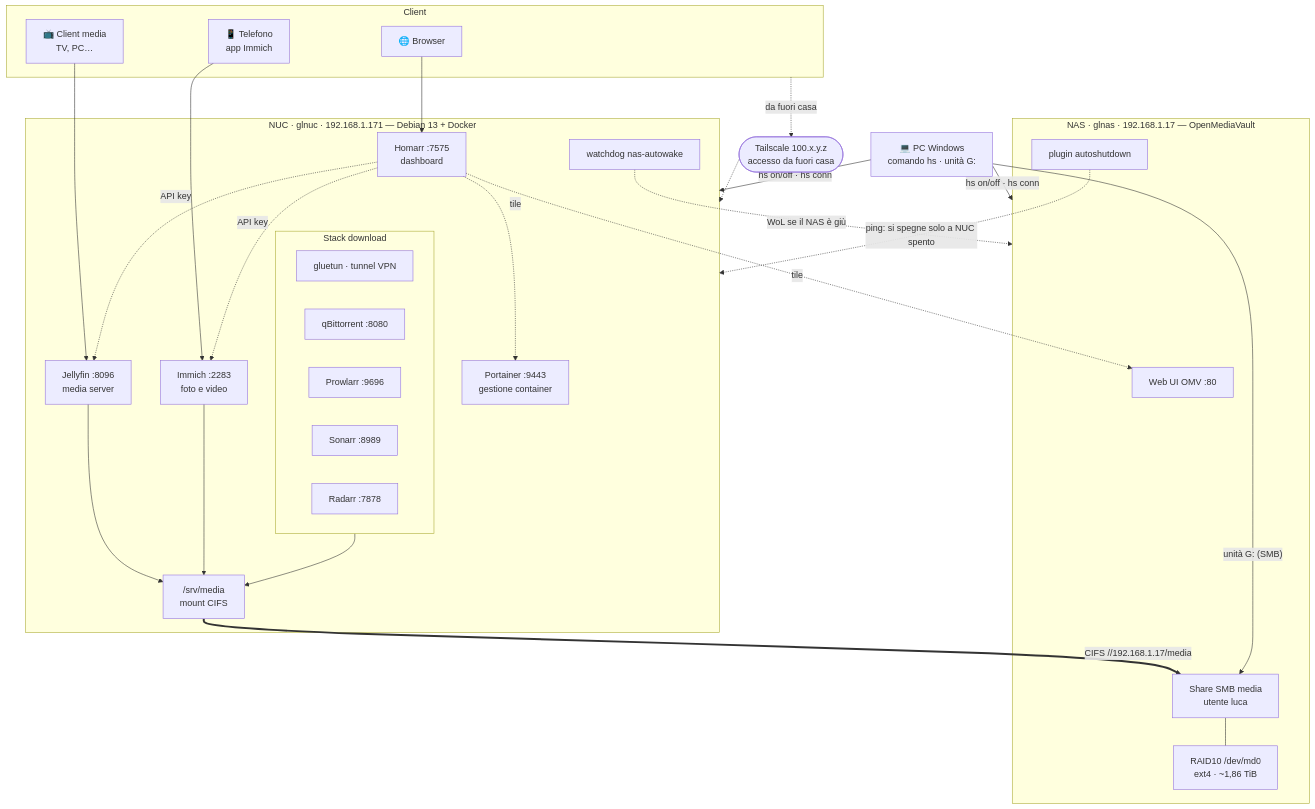
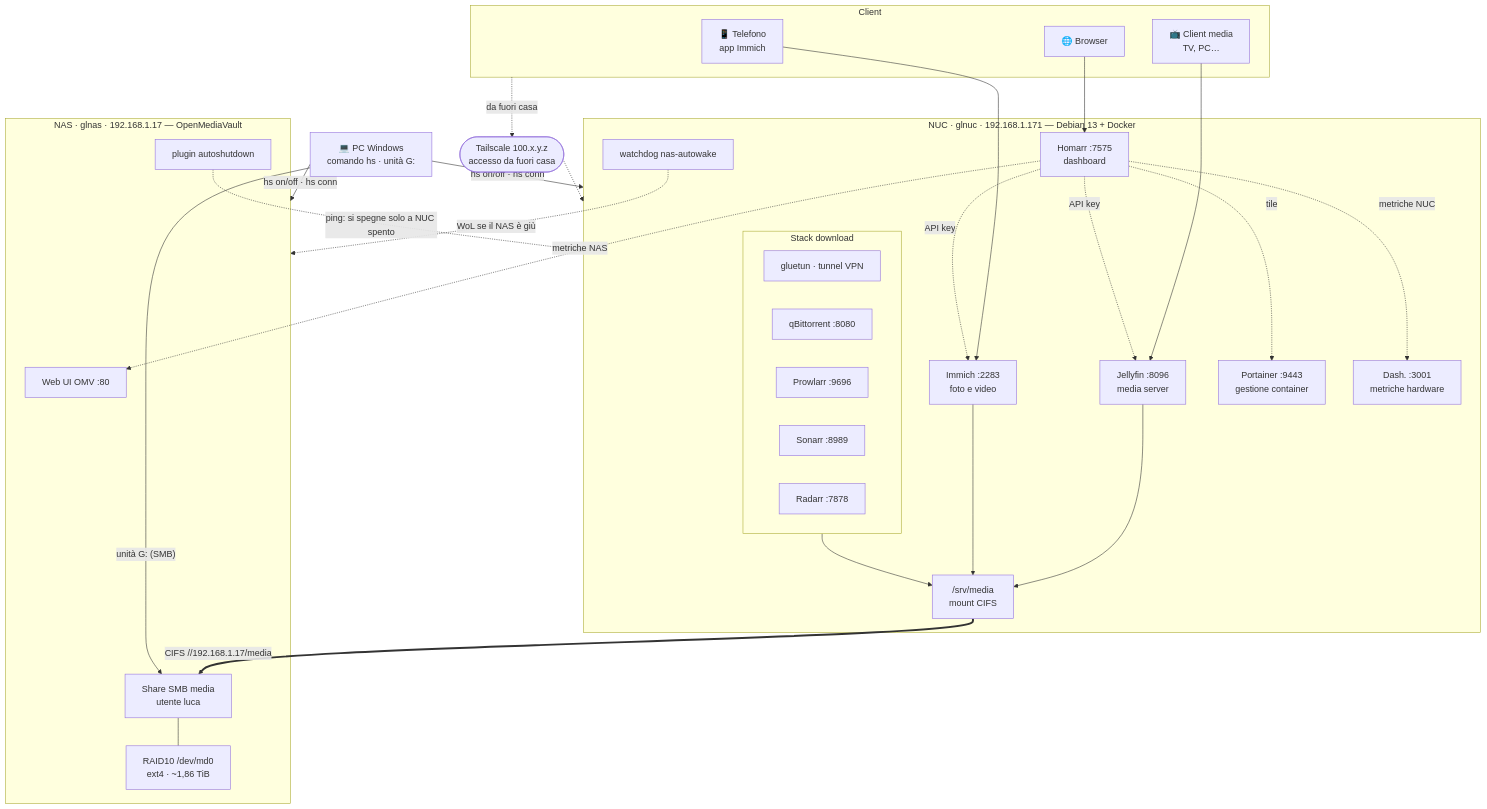
The first of 2 diagrams in ARCHITETTURA.md (gandolphinnn/HomeServer), drawn with Mermaid before and after one commit. The commit also changed other lines of this file and 3 other files, not shown here.

````diff
--- a/ARCHITETTURA.md
+++ b/ARCHITETTURA.md
@@ -22,59 +22,61 @@
 ```mermaid
 flowchart TB
     pc["💻 PC Windows<br/>comando hs · unità G:"]
 
     subgraph client["Client"]
         phone["📱 Telefono<br/>app Immich"]
         player["📺 Client media<br/>TV, PC…"]
         browser["🌐 Browser"]
     end
 
     ts(["Tailscale 100.x.y.z<br/>accesso da fuori casa"])
 
     subgraph nuc["NUC · glnuc · 192.168.1.171 — Debian 13 + Docker"]
         jellyfin["Jellyfin :8096<br/>media server"]
         immich["Immich :2283<br/>foto e video"]
         homarr["Homarr :7575<br/>dashboard"]
         portainer["Portainer :9443<br/>gestione container"]
+        dashdot["Dash. :3001<br/>metriche hardware"]
         subgraph arr["Stack download"]
             gluetun["gluetun · tunnel VPN"]
             qbit["qBittorrent :8080"]
             prowlarr["Prowlarr :9696"]
             sonarr["Sonarr :8989"]
             radarr["Radarr :7878"]
         end
         srv["/srv/media<br/>mount CIFS"]
         wd["watchdog nas-autowake"]
     end
 
     subgraph nas["NAS · glnas · 192.168.1.17 — OpenMediaVault"]
         omv["Web UI OMV :80"]
         smb["Share SMB media<br/>utente luca"]
         raid["RAID10 /dev/md0<br/>ext4 · ~1,86 TiB"]
         autoshut["plugin autoshutdown"]
     end
 
     phone --> immich
     player --> jellyfin
     browser --> homarr
     client -.->|"da fuori casa"| ts
     ts -.-> nuc
 
     jellyfin --> srv
     immich --> srv
     arr --> srv
     srv ==>|"CIFS //192.168.1.17/media"| smb
     smb --- raid
 
     homarr -.->|"API key"| jellyfin
     homarr -.->|"API key"| immich
+    homarr -.->|"metriche NUC"| dashdot
+    homarr -.->|"metriche NAS"| omv
     homarr -.->|"tile"| portainer
-    homarr -.->|"tile"| omv
 
     wd -.->|"WoL se il NAS è giù"| nas
     autoshut -.->|"ping: si spegne solo a NUC spento"| nuc
 
     pc -->|"hs on/off · hs conn"| nuc
     pc -->|"hs on/off · hs conn"| nas
     pc -->|"unità G: (SMB)"| smb
 ```
````
